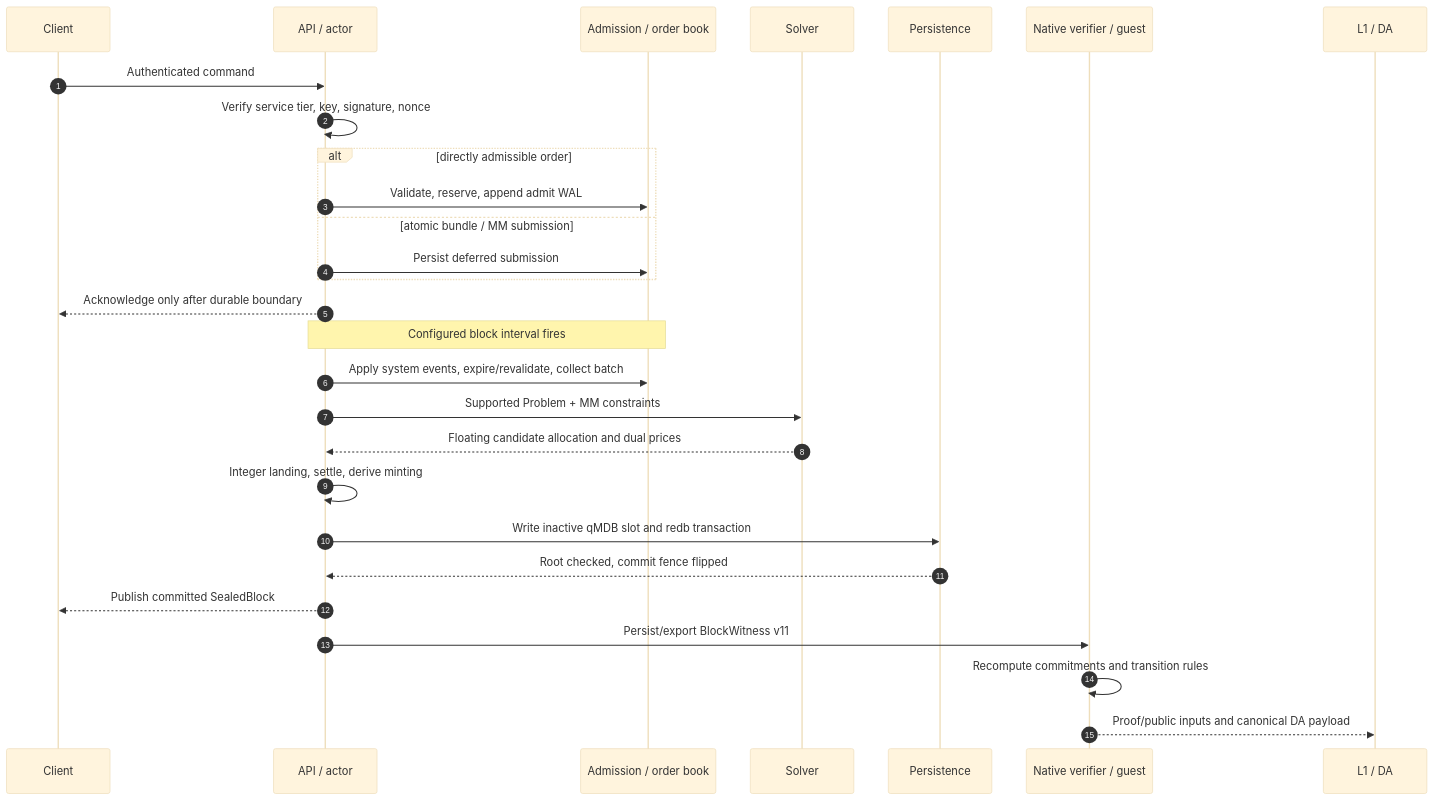
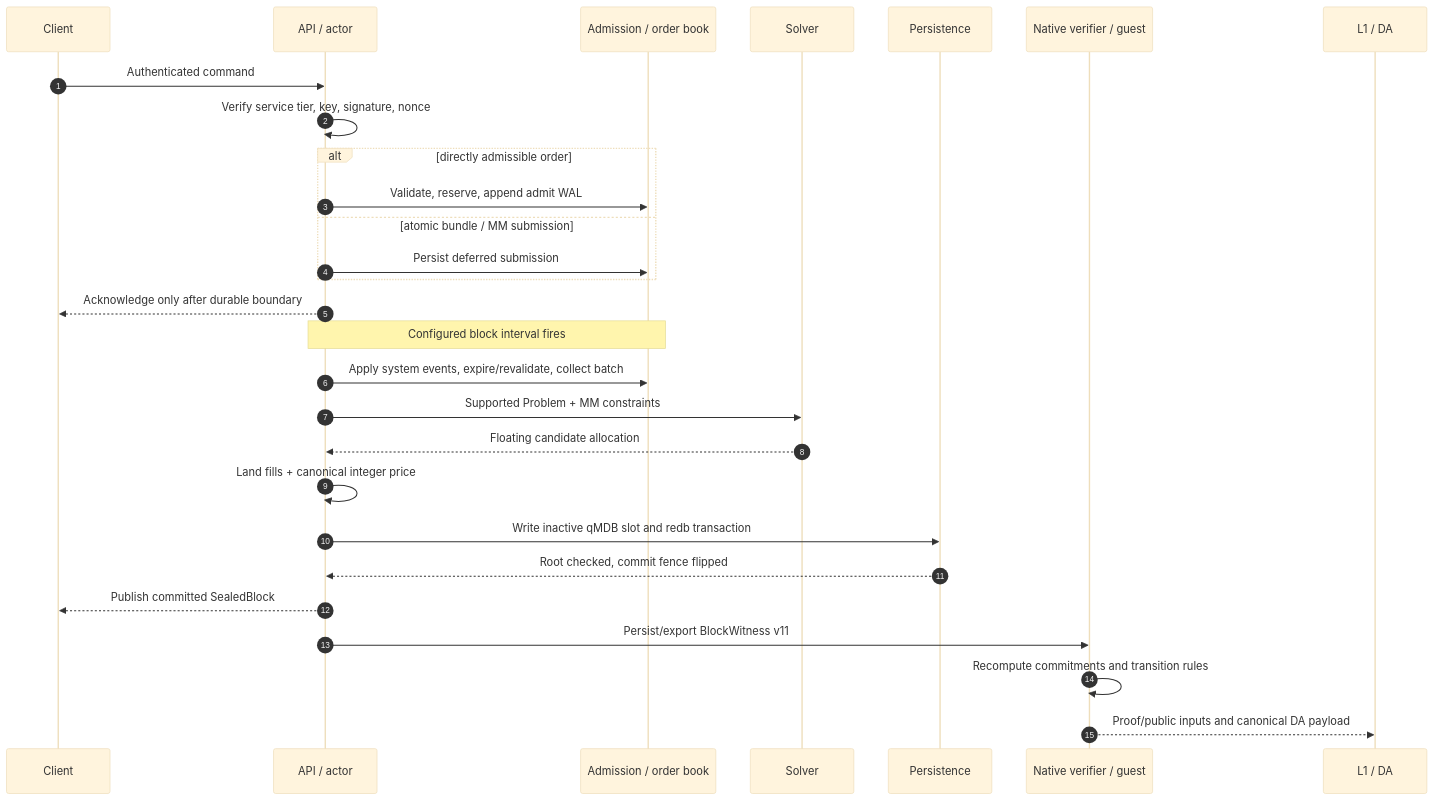
The second of 2 diagrams in docs/architecture/Sybil Architecture.md (MetaB0y/sybil), drawn with Mermaid (base theme) before and after one commit. The commit also changed 35 other files, not shown here.

````diff
--- a/docs/architecture/Sybil Architecture.md
+++ b/docs/architecture/Sybil Architecture.md
@@ -84,32 +84,32 @@
 ```mermaid
 sequenceDiagram
     autonumber
     participant C as Client
     participant A as API / actor
     participant O as Admission / order book
     participant S as Solver
     participant P as Persistence
     participant V as Native verifier / guest
     participant L as L1 / DA
 
     C->>A: Authenticated command
     A->>A: Verify service tier, key, signature, nonce
     alt directly admissible order
         A->>O: Validate, reserve, append admit WAL
     else atomic bundle / MM submission
         A->>O: Persist deferred submission
     end
     A-->>C: Acknowledge only after durable boundary
 
     Note over A,O: Configured block interval fires
     A->>O: Apply system events, expire/revalidate, collect batch
     A->>S: Supported Problem + MM constraints
-    S-->>A: Floating candidate allocation and dual prices
-    A->>A: Integer landing, settle, derive minting
+    S-->>A: Floating candidate allocation
+    A->>A: Land fills + canonical integer price
     A->>P: Write inactive qMDB slot and redb transaction
     P-->>A: Root checked, commit fence flipped
     A-->>C: Publish committed SealedBlock
     A->>V: Persist/export BlockWitness v11
     V->>V: Recompute commitments and transition rules
     V-->>L: Proof/public inputs and canonical DA payload
 ```
````
